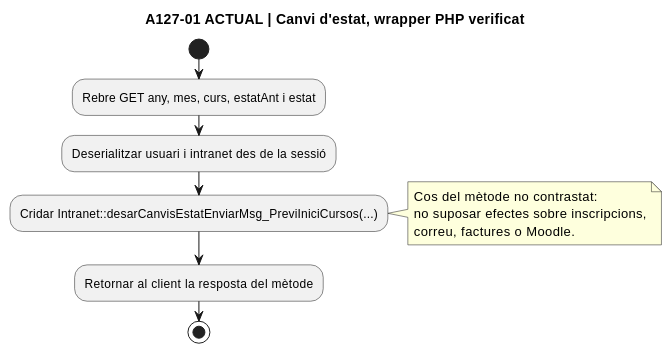
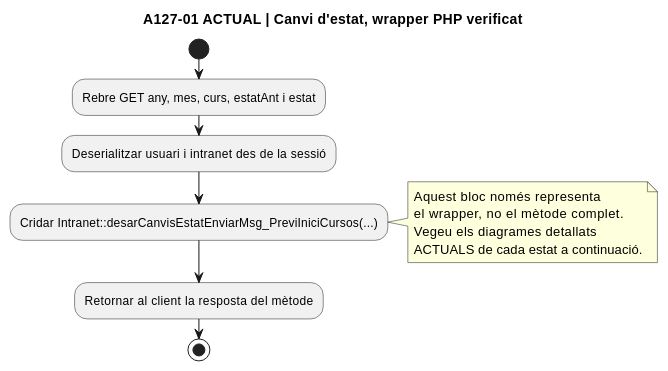
The eighth of 16 diagrams in documentacio/07-uml-integrat/uc-127-canvi-estat-edicio-operacions-afectades.md (orgmeriemprismacat-del/verifactu), drawn with PlantUML before and after one commit. The commit also changed other lines of this file, not shown here.

Commit message:
docs: document actual and final UC-127 activity flows for cancellation pending and activation

````diff
--- a/documentacio/07-uml-integrat/uc-127-canvi-estat-edicio-operacions-afectades.md
+++ b/documentacio/07-uml-integrat/uc-127-canvi-estat-edicio-operacions-afectades.md
@@ -292,16 +292,17 @@
 ```plantuml
 @startuml
 title A127-01 ACTUAL | Canvi d'estat, wrapper PHP verificat
 start
 :Rebre GET any, mes, curs, estatAnt i estat;
 :Deserialitzar usuari i intranet des de la sessió;
 :Cridar Intranet::desarCanvisEstatEnviarMsg_PreviIniciCursos(...);
 note right
-  Cos del mètode no contrastat:
-  no suposar efectes sobre inscripcions,
-  correu, factures o Moodle.
+  Aquest bloc només representa
+  el wrapper, no el mètode complet.
+  Vegeu els diagrames detallats
+  ACTUALS de cada estat a continuació.
 end note
 :Retornar al client la resposta del mètode;
 stop
 @enduml
 ```
````
